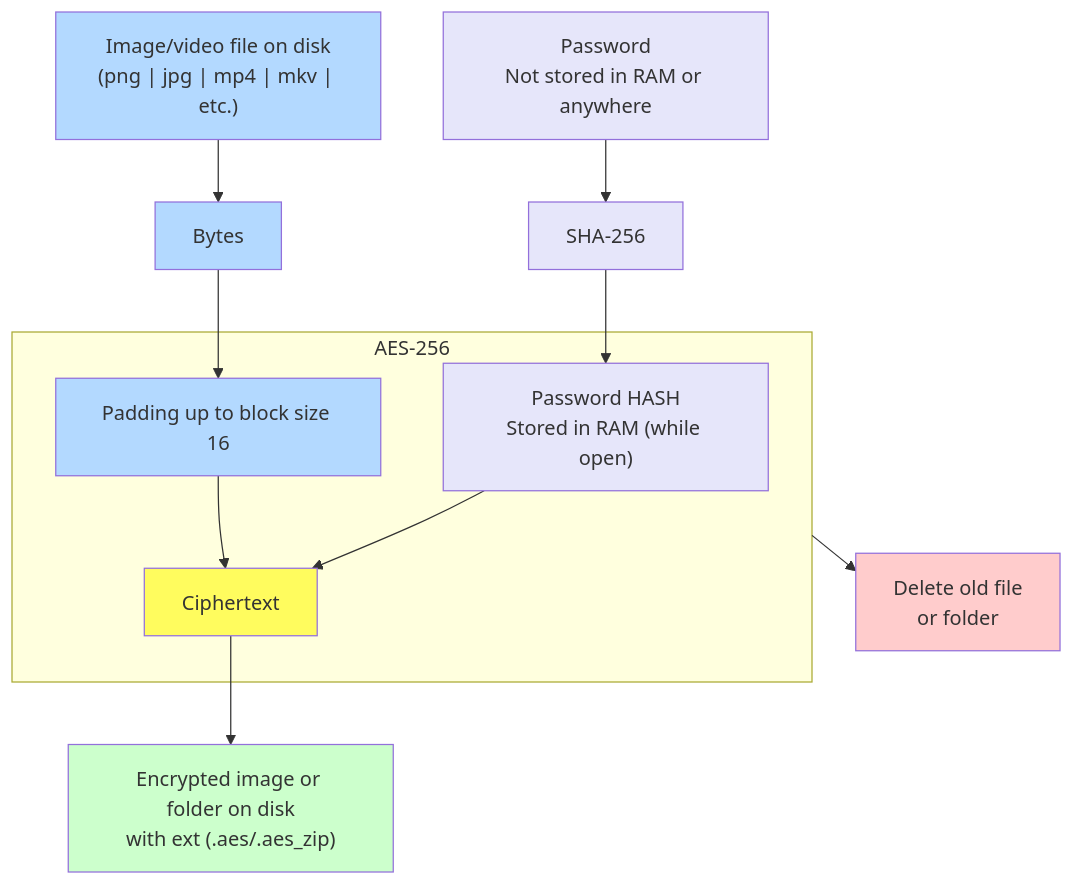
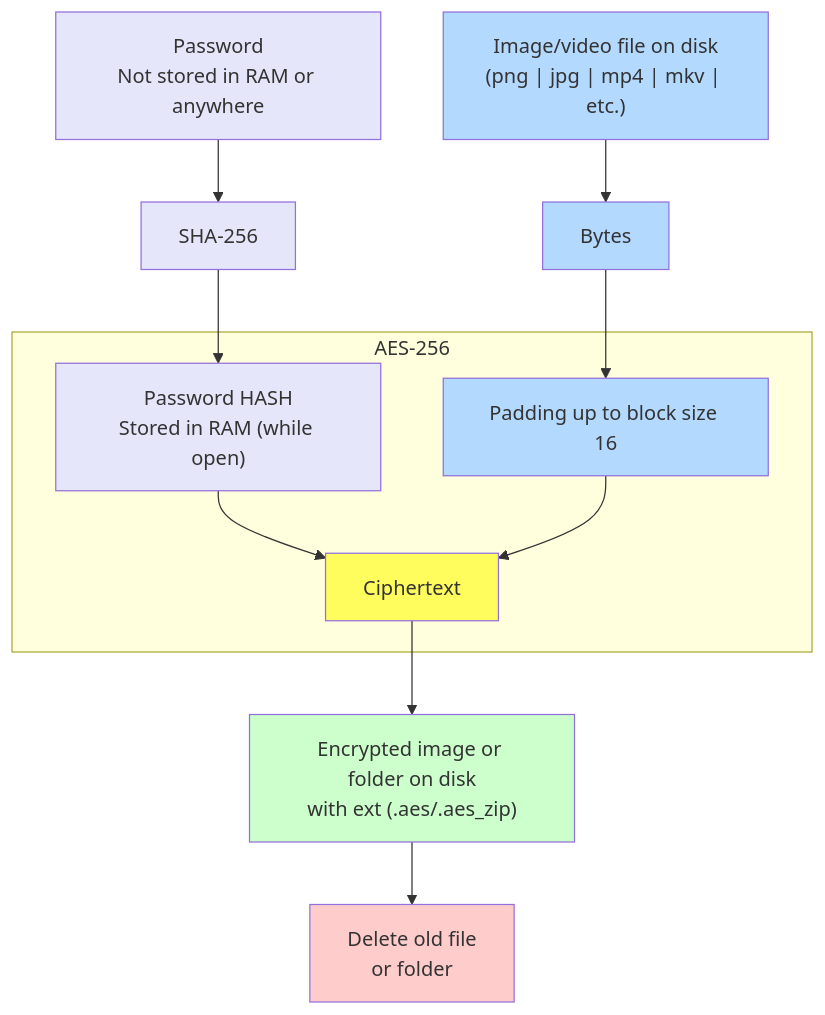
The diagram in README.md (annndruha/SecurePhotos), drawn with Mermaid before and after one commit.

Commit message:
Scheme to mermaid

````diff
--- a/README.md
+++ b/README.md
@@ -41,27 +41,28 @@
 ```mermaid
 
 flowchart TD
     PW["Password<br/>Not stored in RAM or anywhere"] --> SHA[SHA-256]
     SHA --> HASH["Password HASH<br/>Stored in RAM (while open)"]
     
     DATA["Image/video file on disk<br/>(png | jpg | mp4 | mkv | etc.)"] --> BYTES["Bytes"]
     BYTES --> PADDING["Padding up to block size 16"]
 
     subgraph AES-256
         HASH --> CHIPPER
         PADDING --> CHIPPER["Ciphertext"]
     end
 
-    CHIPPER --> H["Encrypted image or folder on disk<br/>with ext (.aes/.aes_zip)"]
-    AES-256 --> I["Delete old file<br/>or folder"]
+    CHIPPER --> NEW_FILE["Encrypted image or folder on disk<br/>with ext (.aes/.aes_zip)"]
+    NEW_FILE --> DELETE_FILE["Delete old file<br/>or folder"]
+    
     style PW fill:#e6e6fa
     style SHA fill:#e6e6fa
     style DATA fill:#b3d9ff
     style BYTES fill:#b3d9ff
     style PADDING fill:#b3d9ff
     style HASH fill:#e6e6fa
     style CHIPPER fill:#fffc5e
-    style H fill:#ccffcc
-    style I fill:#ffcccc
+    style NEW_FILE fill:#ccffcc
+    style DELETE_FILE fill:#ffcccc
     
 ```
````
